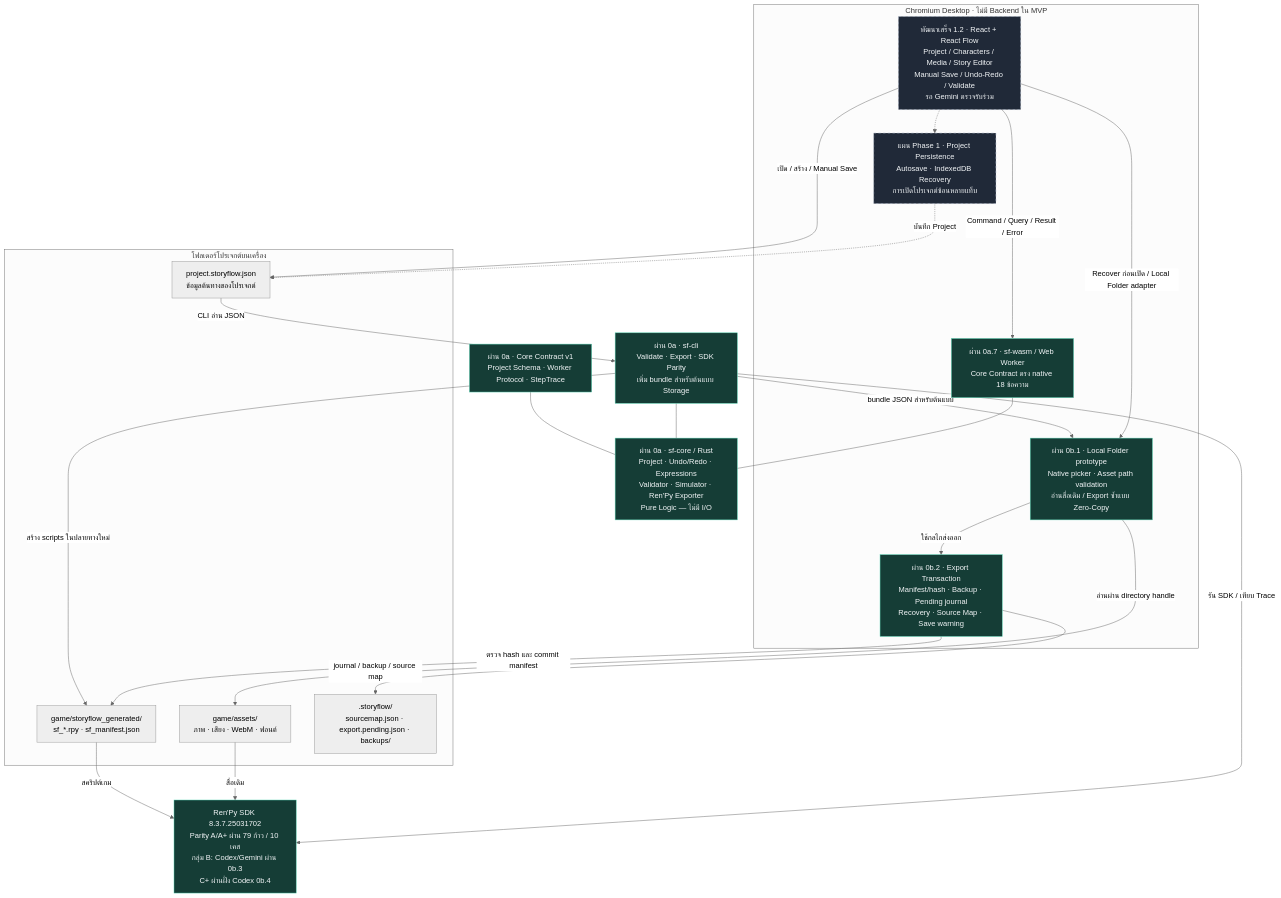
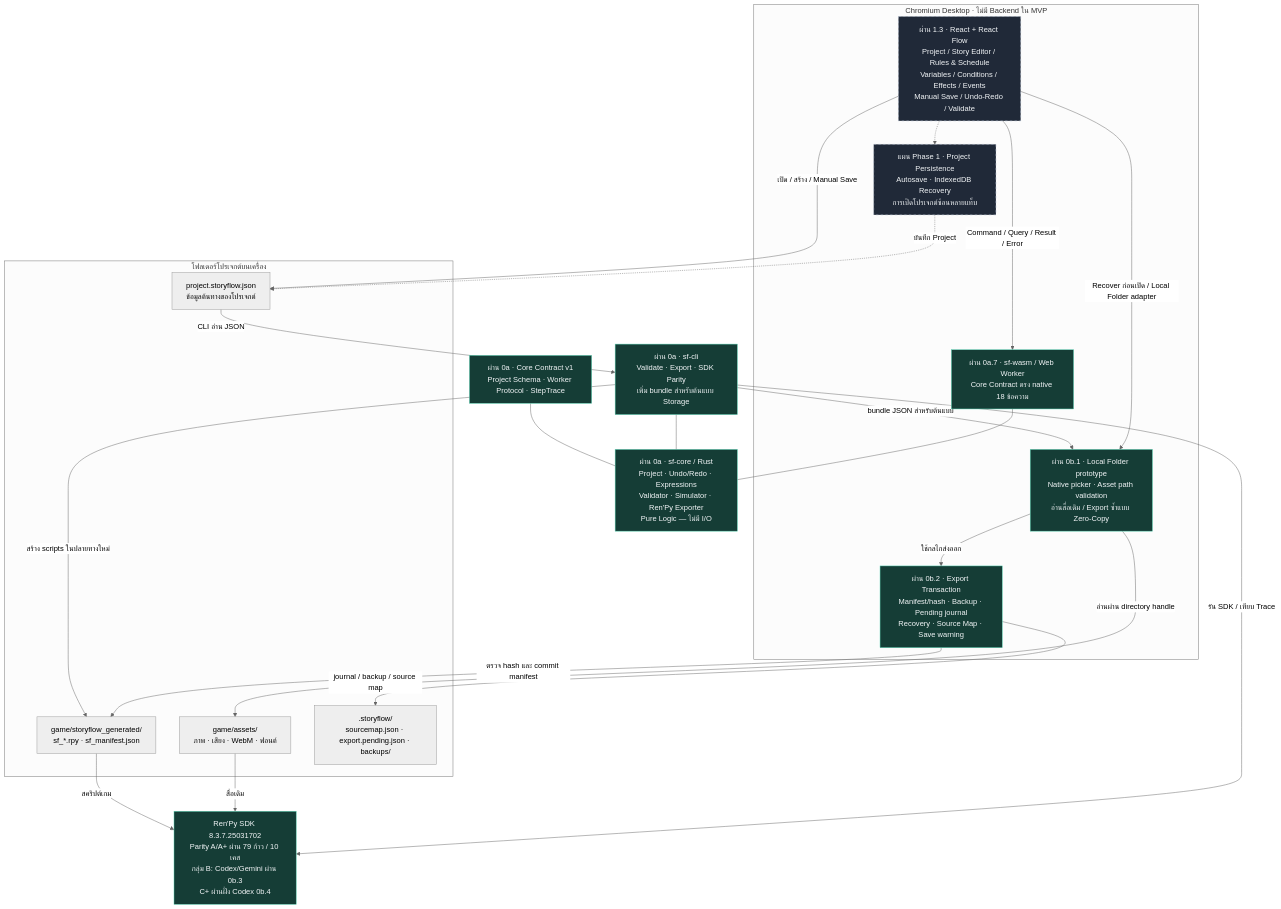
The first of 2 diagrams in readme.md (anuwatm/GameStudio), drawn with Mermaid (neutral theme) before and after one commit. The commit also changed other lines of this file and 39 other files, not shown here.

Commit message:
feat: complete and accept Phase 1.3 (Rules, Variables, Conditions, Effects, and Schedule)

````diff
--- a/readme.md
+++ b/readme.md
@@ -38,48 +38,48 @@
 ```mermaid
 flowchart TB
     Contract["ผ่าน 0a · Core Contract v1<br/>Project Schema · Worker Protocol · StepTrace"]
     Core["ผ่าน 0a · sf-core / Rust<br/>Project · Undo/Redo · Expressions<br/>Validator · Simulator · Ren'Py Exporter<br/>Pure Logic — ไม่มี I/O"]
     CLI["ผ่าน 0a · sf-cli<br/>Validate · Export · SDK Parity<br/>เพิ่ม bundle สำหรับต้นแบบ Storage"]
 
     subgraph Browser["Chromium Desktop · ไม่มี Backend ใน MVP"]
-        UI["พัฒนาเสร็จ 1.2 · React + React Flow<br/>Project / Characters / Media / Story Editor<br/>Manual Save / Undo-Redo / Validate<br/>รอ Gemini ตรวจรับร่วม"]
+        UI["ผ่าน 1.3 · React + React Flow<br/>Project / Story Editor / Rules & Schedule<br/>Variables / Conditions / Effects / Events<br/>Manual Save / Undo-Redo / Validate"]
         Worker["ผ่าน 0a.7 · sf-wasm / Web Worker<br/>Core Contract ตรง native 18 ข้อความ"]
         Local["ผ่าน 0b.1 · Local Folder prototype<br/>Native picker · Asset path validation<br/>อ่านสื่อเดิม / Export ซ้ำแบบ Zero-Copy"]
         Tx["ผ่าน 0b.2 · Export Transaction<br/>Manifest/hash · Backup · Pending journal<br/>Recovery · Source Map · Save warning"]
         Save["แผน Phase 1 · Project Persistence<br/>Autosave · IndexedDB Recovery<br/>การเปิดโปรเจกต์ซ้อนหลายแท็บ"]
     end
 
     subgraph Disk["โฟลเดอร์โปรเจกต์บนเครื่อง"]
         Project["project.storyflow.json<br/>ข้อมูลต้นทางของโปรเจกต์"]
         Assets["game/assets/<br/>ภาพ · เสียง · WebM · ฟอนต์"]
         Generated["game/storyflow_generated/<br/>sf_*.rpy · sf_manifest.json"]
         Meta[".storyflow/<br/>sourcemap.json · export.pending.json · backups/"]
     end
     SDK["Ren'Py SDK 8.3.7.25031702<br/>Parity A/A+ ผ่าน 79 ก้าว / 10 เคส<br/>กลุ่ม B: Codex/Gemini ผ่าน 0b.3<br/>C+ ผ่านฝั่ง Codex 0b.4"]
 
     Contract --- Core
     CLI --- Core
     Worker --- Core
     Project -->|"CLI อ่าน JSON"| CLI
     CLI -->|"สร้าง scripts ในปลายทางใหม่"| Generated
     CLI -->|"bundle JSON สำหรับต้นแบบ"| Local
     Local -->|"อ่านผ่าน directory handle"| Assets
     Local -->|"ใช้กลไกส่งออก"| Tx
     Tx -->|"ตรวจ hash และ commit manifest"| Generated
     Tx -->|"journal / backup / source map"| Meta
     UI -->|"Command / Query / Result / Error"| Worker
     UI -->|"Recover ก่อนเปิด / Local Folder adapter"| Local
     UI -->|"เปิด / สร้าง / Manual Save"| Project
     UI -.-> Save
     Save -.->|"บันทึก Project"| Project
     Generated -->|"สคริปต์เกม"| SDK
     Assets -->|"สื่อเดิม"| SDK
     CLI -->|"รัน SDK / เทียบ Trace"| SDK
 
     classDef passed fill:#153d36,stroke:#58d4b4,color:#f2f5f7
     classDef prototype fill:#40351d,stroke:#e2b95c,color:#f2f5f7
     classDef planned fill:#202938,stroke:#a8b5c7,color:#f2f5f7,stroke-dasharray:5 5
     class Contract,Core,CLI,Worker,Local,Tx,SDK passed
 
     class UI,Save planned
 ```
````
